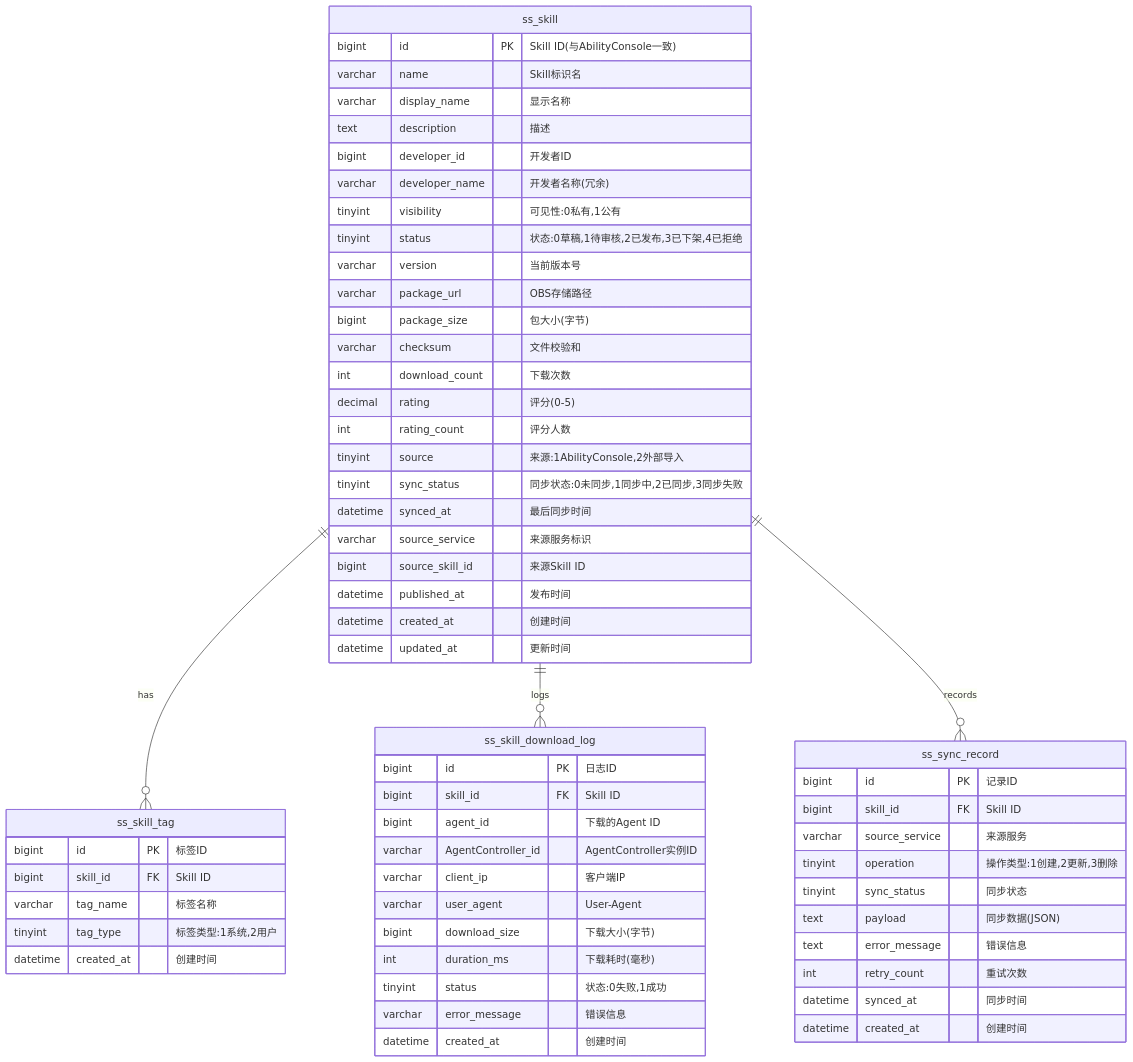
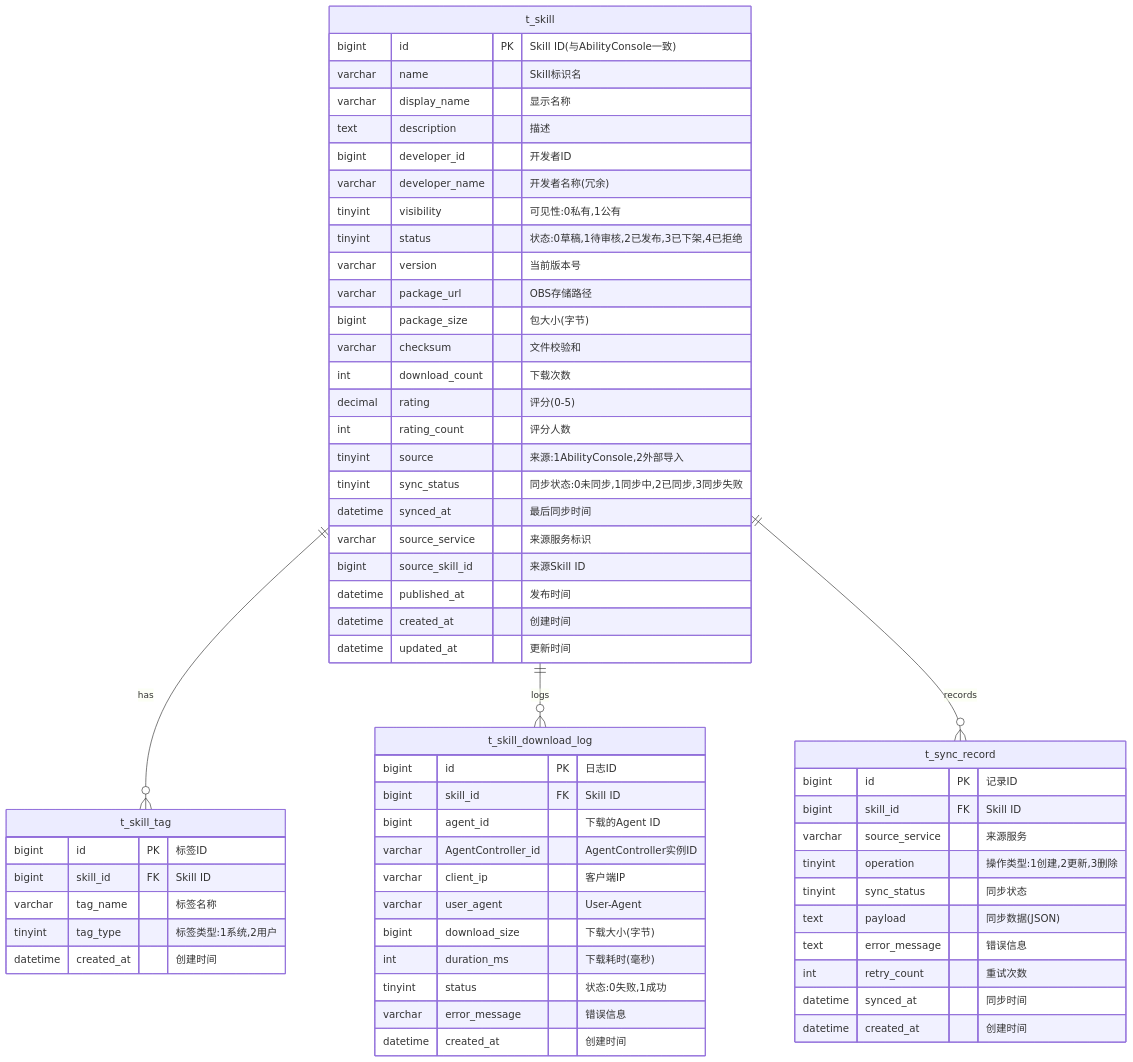
Diagram 20 of 33 in architecture-design.md (jinyule/xiaoyi-skill-mgmt), drawn with Mermaid before and after one commit. The commit also changed other lines of this file and 2 other files, not shown here.

````diff
--- a/architecture-design.md
+++ b/architecture-design.md
@@ -924,67 +924,67 @@
 ```mermaid
 erDiagram
-    ss_skill ||--o{ ss_skill_tag : has
-    ss_skill ||--o{ ss_skill_download_log : logs
-    ss_skill ||--o{ ss_sync_record : records
+    t_skill ||--o{ t_skill_tag : has
+    t_skill ||--o{ t_skill_download_log : logs
+    t_skill ||--o{ t_sync_record : records
 
-    ss_skill {
+    t_skill {
         bigint id PK "Skill ID(与AbilityConsole一致)"
         varchar name "Skill标识名"
         varchar display_name "显示名称"
         text description "描述"
         bigint developer_id "开发者ID"
         varchar developer_name "开发者名称(冗余)"
         tinyint visibility "可见性:0私有,1公有"
         tinyint status "状态:0草稿,1待审核,2已发布,3已下架,4已拒绝"
         varchar version "当前版本号"
         varchar package_url "OBS存储路径"
         bigint package_size "包大小(字节)"
         varchar checksum "文件校验和"
         int download_count "下载次数"
         decimal rating "评分(0-5)"
         int rating_count "评分人数"
         tinyint source "来源:1AbilityConsole,2外部导入"
         tinyint sync_status "同步状态:0未同步,1同步中,2已同步,3同步失败"
         datetime synced_at "最后同步时间"
         varchar source_service "来源服务标识"
         bigint source_skill_id "来源Skill ID"
         datetime published_at "发布时间"
         datetime created_at "创建时间"
         datetime updated_at "更新时间"
     }
 
-    ss_skill_tag {
+    t_skill_tag {
         bigint id PK "标签ID"
         bigint skill_id FK "Skill ID"
         varchar tag_name "标签名称"
         tinyint tag_type "标签类型:1系统,2用户"
         datetime created_at "创建时间"
     }
 
-    ss_skill_download_log {
+    t_skill_download_log {
         bigint id PK "日志ID"
         bigint skill_id FK "Skill ID"
         bigint agent_id "下载的Agent ID"
         varchar AgentController_id "AgentController实例ID"
         varchar client_ip "客户端IP"
         varchar user_agent "User-Agent"
         bigint download_size "下载大小(字节)"
         int duration_ms "下载耗时(毫秒)"
         tinyint status "状态:0失败,1成功"
         varchar error_message "错误信息"
         datetime created_at "创建时间"
     }
 
-    ss_sync_record {
+    t_sync_record {
         bigint id PK "记录ID"
         bigint skill_id FK "Skill ID"
         varchar source_service "来源服务"
         tinyint operation "操作类型:1创建,2更新,3删除"
         tinyint sync_status "同步状态"
         text payload "同步数据(JSON)"
         text error_message "错误信息"
         int retry_count "重试次数"
         datetime synced_at "同步时间"
         datetime created_at "创建时间"
     }
 ```
````
